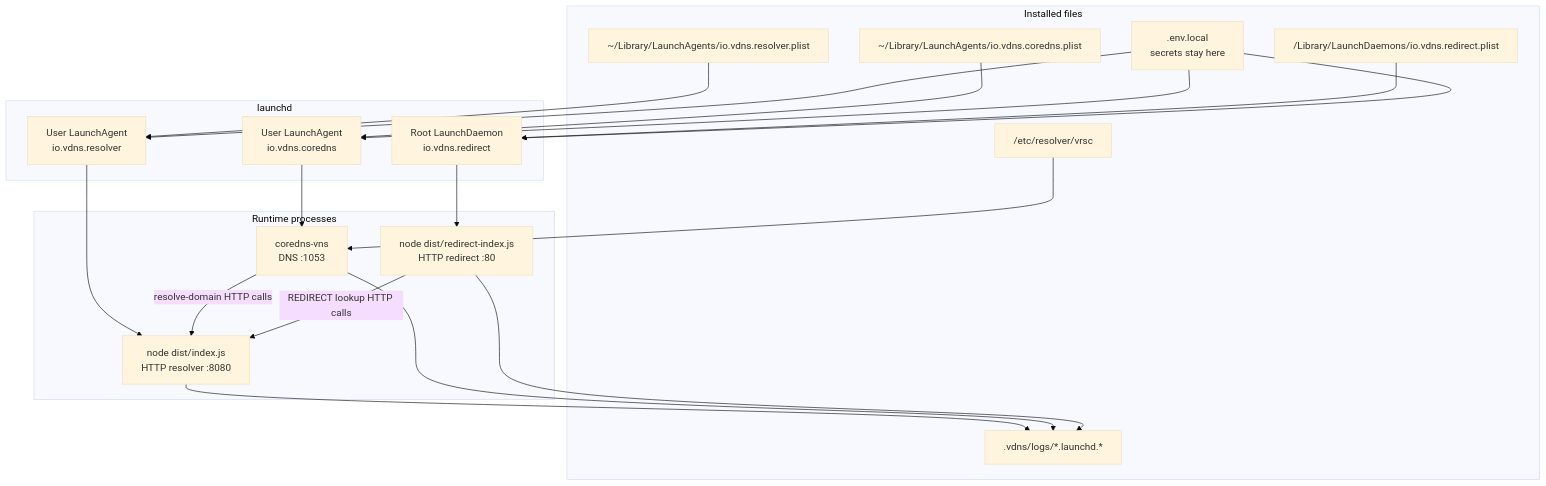
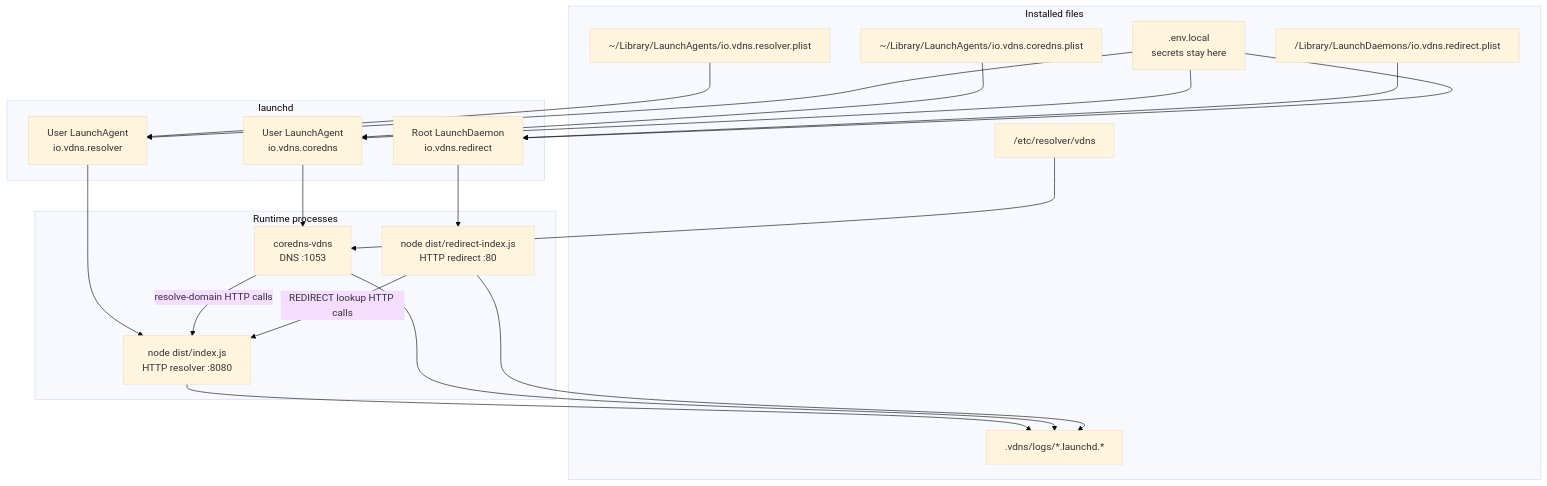
The diagram in docs/macos-services.md (devdudeio/vdns), drawn with Mermaid (base theme) before and after one commit. The commit also changed other lines of this file and 102 other files, not shown here.

````diff
--- a/docs/macos-services.md
+++ b/docs/macos-services.md
@@ -39,36 +39,36 @@
 ```mermaid
 flowchart TB
   subgraph launchd[launchd]
     AgentResolver[User LaunchAgent\nio.vdns.resolver]
     AgentCoreDNS[User LaunchAgent\nio.vdns.coredns]
     DaemonRedirect[Root LaunchDaemon\nio.vdns.redirect]
   end
 
   subgraph files[Installed files]
     Env[.env.local\nsecrets stay here]
     ResolverPlist["~/Library/LaunchAgents/io.vdns.resolver.plist"]
     CoreDNSPlist["~/Library/LaunchAgents/io.vdns.coredns.plist"]
     RedirectPlist["/Library/LaunchDaemons/io.vdns.redirect.plist"]
-    SplitDNS["/etc/resolver/vrsc"]
+    SplitDNS["/etc/resolver/vdns"]
     Logs[.vdns/logs/*.launchd.*]
   end
 
   subgraph processes[Runtime processes]
     Resolver[node dist/index.js\nHTTP resolver :8080]
-    CoreDNS[coredns-vns\nDNS :1053]
+    CoreDNS[coredns-vdns\nDNS :1053]
     Redirect[node dist/redirect-index.js\nHTTP redirect :80]
   end
 
   ResolverPlist --> AgentResolver --> Resolver
   CoreDNSPlist --> AgentCoreDNS --> CoreDNS
   RedirectPlist --> DaemonRedirect --> Redirect
   Env --> AgentResolver
   Env --> AgentCoreDNS
   Env --> DaemonRedirect
   SplitDNS --> CoreDNS
   Resolver --> Logs
   CoreDNS --> Logs
   Redirect --> Logs
   CoreDNS -->|resolve-domain HTTP calls| Resolver
   Redirect -->|REDIRECT lookup HTTP calls| Resolver
 ```
````
